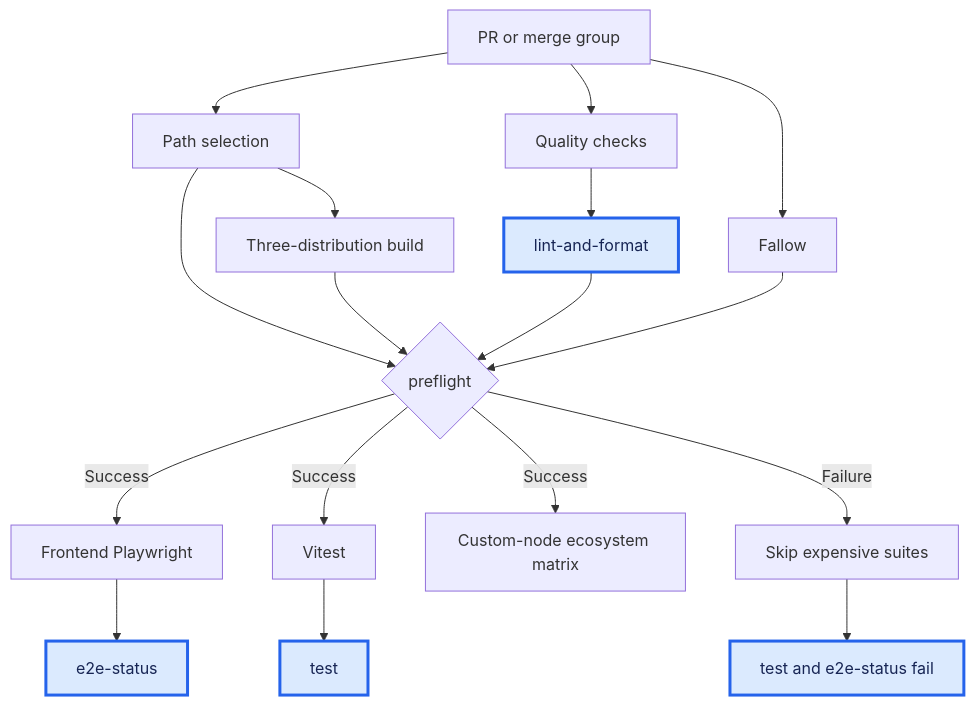
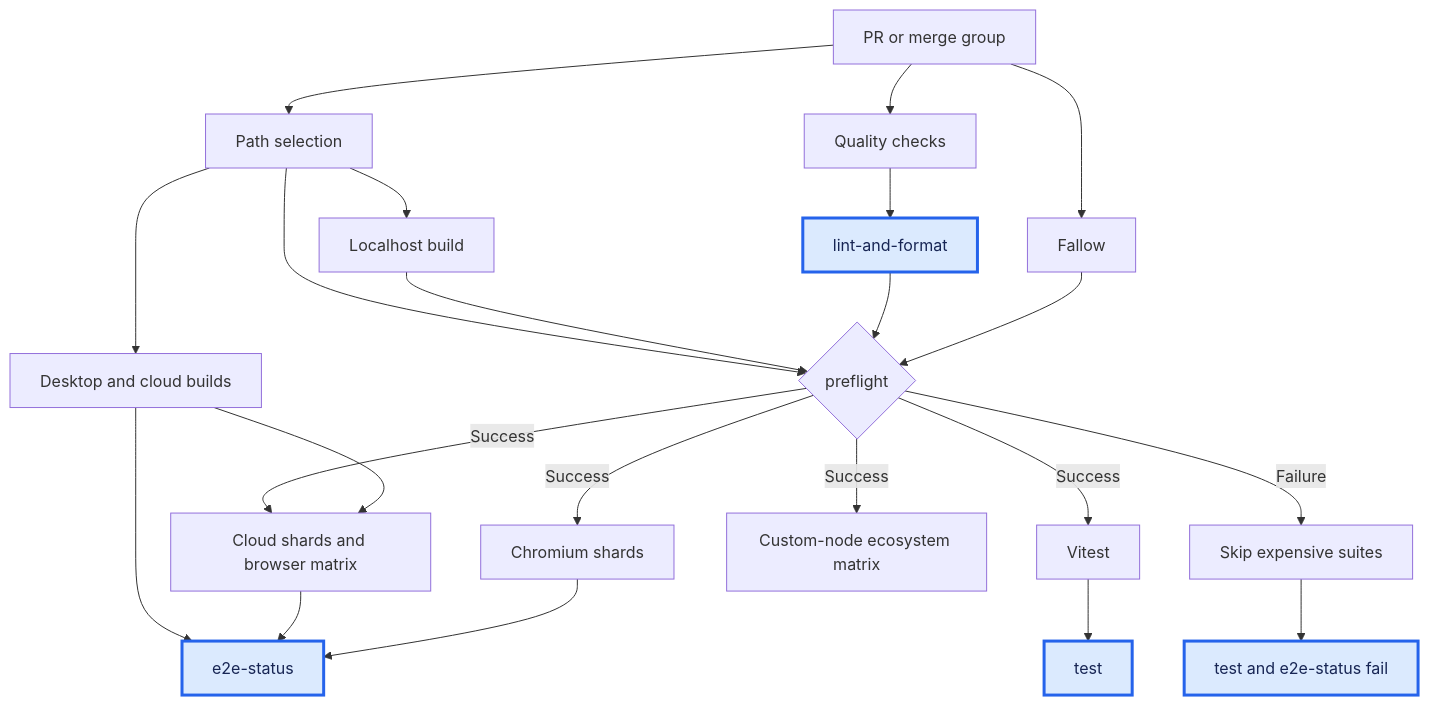
Before and after one commit to Comfy-Org/ComfyUI_frontend: the second of 2 diagrams in docs/adr/CI-PREREQUISITES-0038-gate-expensive-candidate-tests.md, drawn with Mermaid. The commit also changed other lines of this file and 8 other files, not shown here.

````diff
--- a/docs/adr/CI-PREREQUISITES-0038-gate-expensive-candidate-tests.md
+++ b/docs/adr/CI-PREREQUISITES-0038-gate-expensive-candidate-tests.md
@@ -168,21 +168,26 @@
 ```mermaid
 flowchart TD
     Event[PR or merge group] --> Quality[Quality checks]
     Event --> Fallow[Fallow]
     Event --> Changes[Path selection]
-    Changes --> Build[Three-distribution build]
+    Changes --> Build[Localhost build]
+    Changes --> DistributionBuild[Desktop and cloud builds]
     Quality --> LintStatus[lint-and-format]
     Changes --> Gate{preflight}
     Build --> Gate
     LintStatus --> Gate
     Fallow --> Gate
-    Gate -->|Success| Playwright[Frontend Playwright]
+    Gate -->|Success| Playwright[Chromium shards]
+    Gate -->|Success| DistributionTests[Cloud shards and browser matrix]
+    DistributionBuild --> DistributionTests
+    DistributionBuild --> E2EStatus
+    DistributionTests --> E2EStatus
     Gate -->|Success| Unit[Vitest]
     Gate -->|Success| Ecosystem[Custom-node ecosystem matrix]
     Gate -->|Failure| Blocked[Skip expensive suites]
     Blocked --> Failed[test and e2e-status fail]
     Unit --> UnitStatus[test]
     Playwright --> E2EStatus[e2e-status]
     classDef required fill:#dbeafe,stroke:#2563eb,color:#172554,stroke-width:3px
     class LintStatus,UnitStatus,E2EStatus,Failed required
 ```
````
